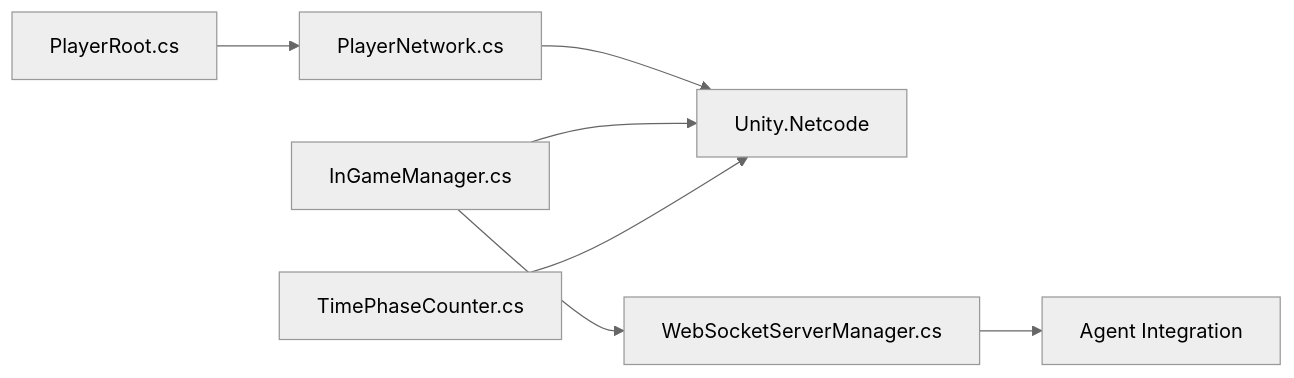
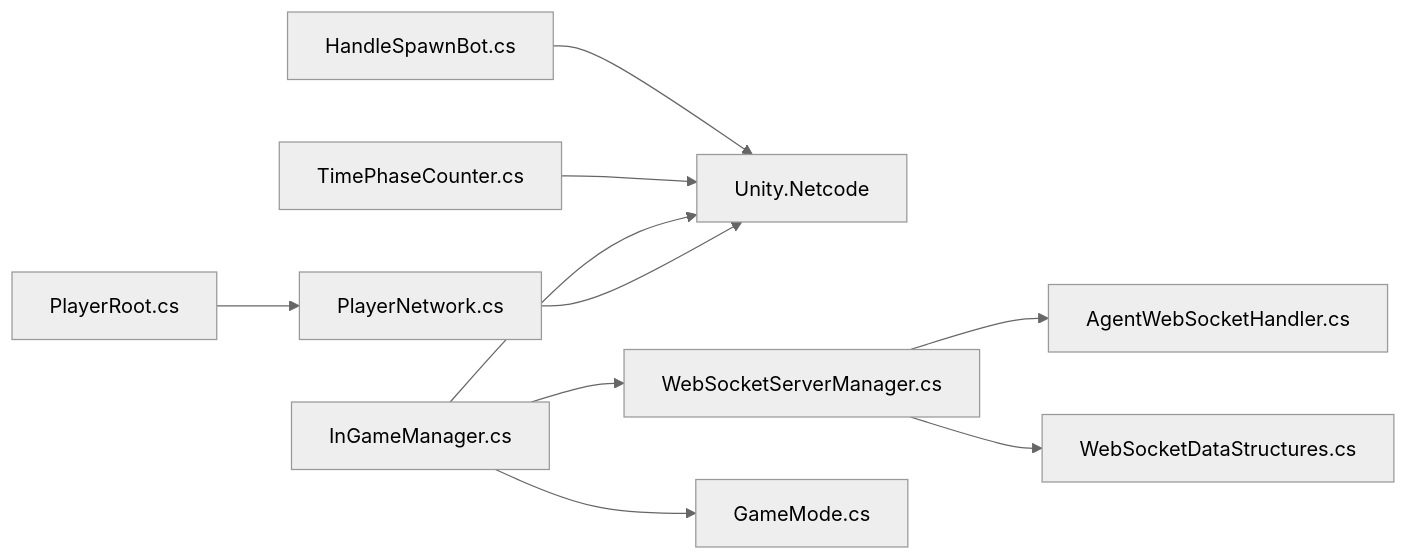
Before and after one commit to kandeng/AI-Controlled-battle-game: the eighth of 8 diagrams in .qoder/repowiki/en/content/Multiplayer System/Lobby Management/Authentication System.md, drawn with Mermaid (neutral theme). The commit also changed other lines of this file and 5 other files, not shown here.

````diff
--- a/.qoder/repowiki/en/content/Multiplayer System/Lobby Management/Authentication System.md
+++ b/.qoder/repowiki/en/content/Multiplayer System/Lobby Management/Authentication System.md
@@ -175,9 +234,12 @@
 ```mermaid
 graph LR
 PN["PlayerNetwork.cs"] --> NC["Unity.Netcode"]
 PR["PlayerRoot.cs"] --> PN
 IGM["InGameManager.cs"] --> NC
 IGM --> WSM["WebSocketServerManager.cs"]
+IGM --> GM["GameMode.cs"]
 TPC["TimePhaseCounter.cs"] --> NC
-WSM --> AG["Agent Integration"]
+WSM --> AWSH["AgentWebSocketHandler.cs"]
+WSM --> WSDS["WebSocketDataStructures.cs"]
+HSB["HandleSpawnBot.cs"] --> NC
 ```
````
